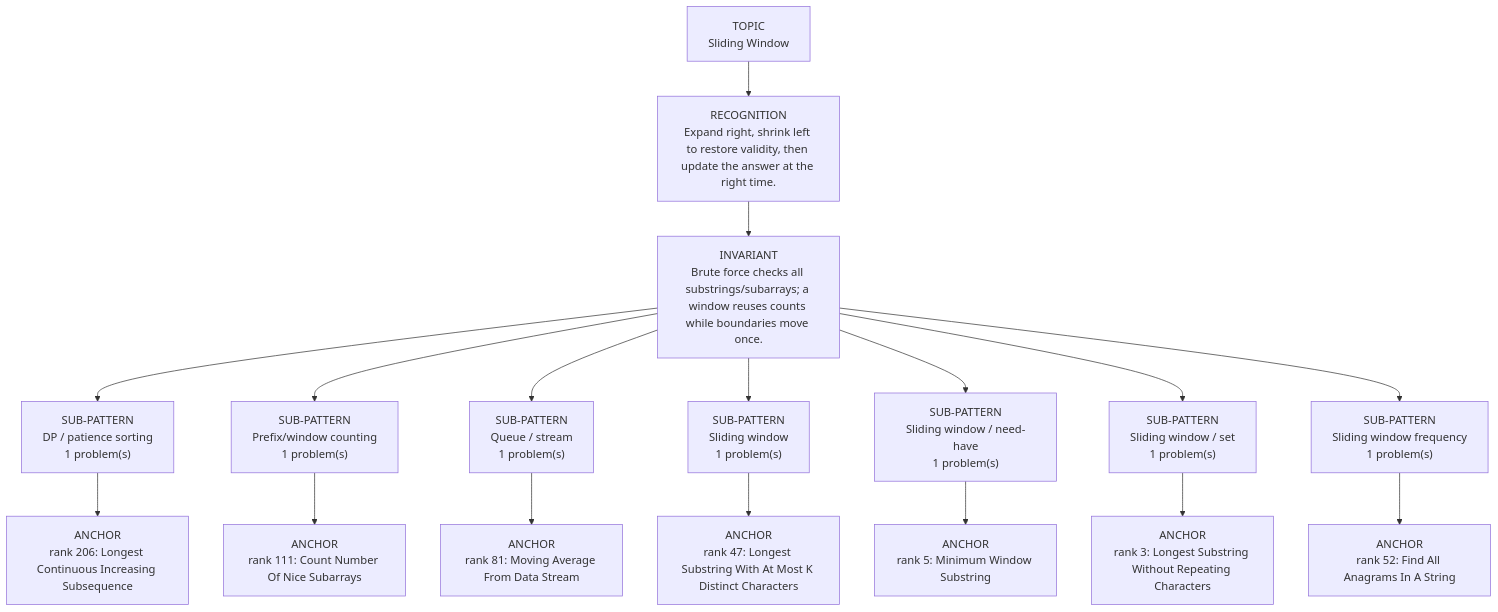
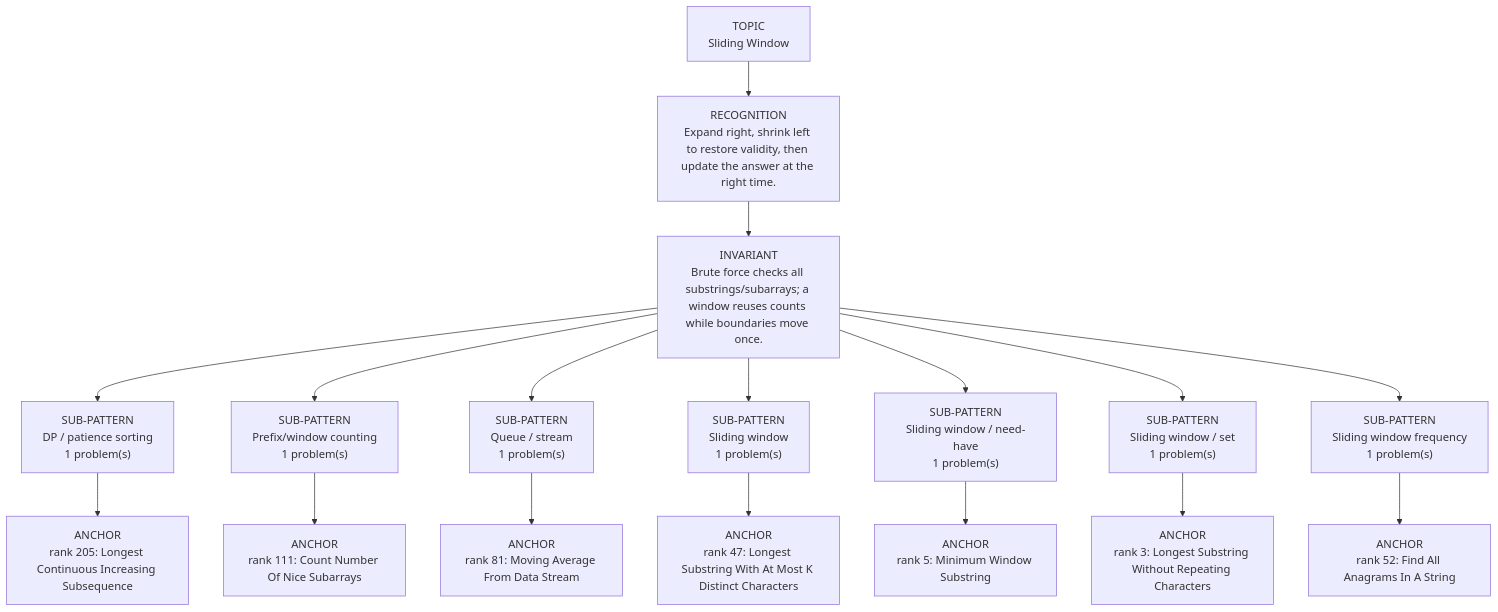
Before and after one commit to thechiranjeevjain/DSA10days: the diagram in dsa-review/interview/patterns/03_sliding_window.md, drawn with Mermaid. The commit also changed other lines of this file and 71 other files, not shown here.

````diff
--- a/dsa-review/interview/patterns/03_sliding_window.md
+++ b/dsa-review/interview/patterns/03_sliding_window.md
@@ -15,21 +15,21 @@
 ```mermaid
 flowchart TD
   Topic["TOPIC<br/>Sliding Window"]
   Recognition["RECOGNITION<br/>Expand right, shrink left to restore validity, then update the answer at the right time."]
   Invariant["INVARIANT<br/>Brute force checks all substrings/subarrays; a window reuses counts while boundaries move once."]
   Topic --> Recognition --> Invariant
   Invariant --> Sub01["SUB-PATTERN<br/>DP / patience sorting<br/>1 problem(s)"]
-  Sub01 --> Sub01A01["ANCHOR<br/>rank 206: Longest Continuous Increasing Subsequence"]
+  Sub01 --> Sub01A01["ANCHOR<br/>rank 205: Longest Continuous Increasing Subsequence"]
   Invariant --> Sub02["SUB-PATTERN<br/>Prefix/window counting<br/>1 problem(s)"]
   Sub02 --> Sub02A01["ANCHOR<br/>rank 111: Count Number Of Nice Subarrays"]
   Invariant --> Sub03["SUB-PATTERN<br/>Queue / stream<br/>1 problem(s)"]
   Sub03 --> Sub03A01["ANCHOR<br/>rank 81: Moving Average From Data Stream"]
   Invariant --> Sub04["SUB-PATTERN<br/>Sliding window<br/>1 problem(s)"]
   Sub04 --> Sub04A01["ANCHOR<br/>rank 47: Longest Substring With At Most K Distinct Characters"]
   Invariant --> Sub05["SUB-PATTERN<br/>Sliding window / need-have<br/>1 problem(s)"]
   Sub05 --> Sub05A01["ANCHOR<br/>rank 5: Minimum Window Substring"]
   Invariant --> Sub06["SUB-PATTERN<br/>Sliding window / set<br/>1 problem(s)"]
   Sub06 --> Sub06A01["ANCHOR<br/>rank 3: Longest Substring Without Repeating Characters"]
   Invariant --> Sub07["SUB-PATTERN<br/>Sliding window frequency<br/>1 problem(s)"]
   Sub07 --> Sub07A01["ANCHOR<br/>rank 52: Find All Anagrams In A String"]
 ```
````
